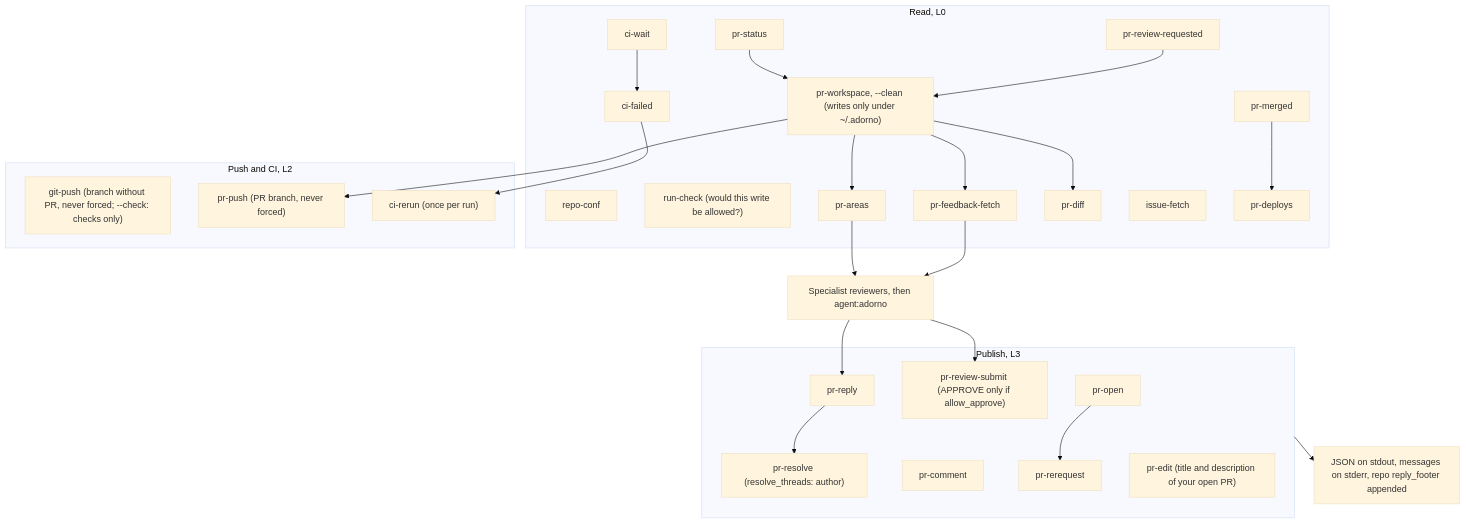
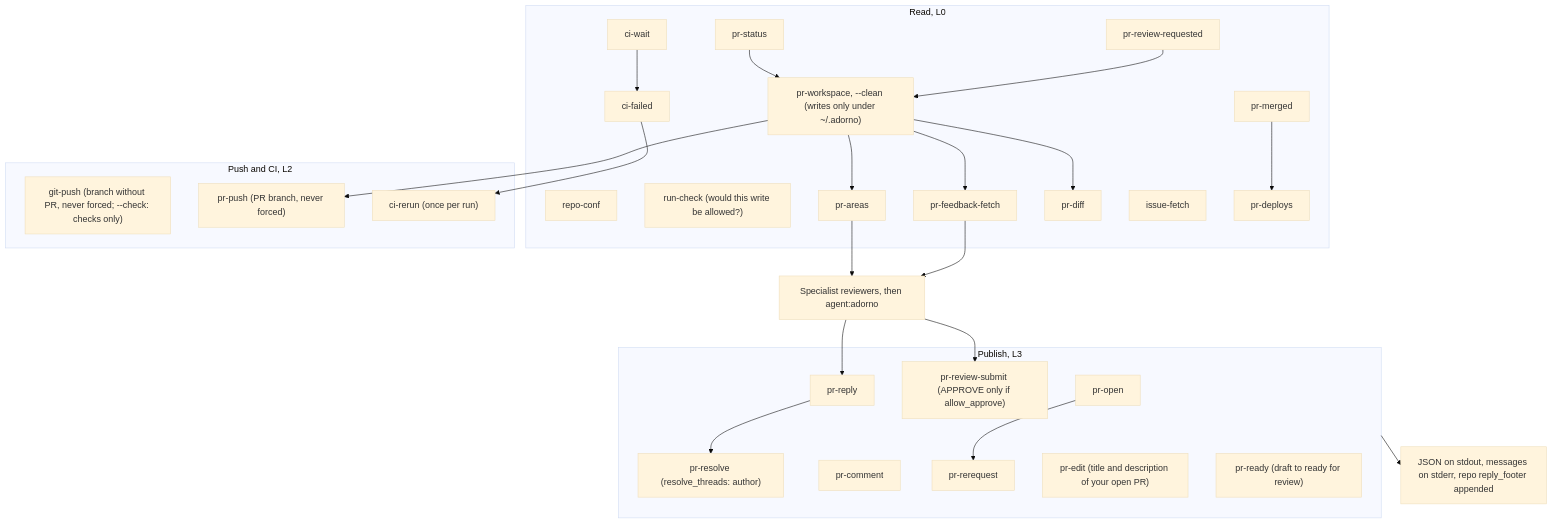
Before and after one commit to nicolasmondain/adorno: the second of 2 diagrams in src/skills/adorno-github/SCHEMA.md, drawn with Mermaid (base theme). The commit also changed 28 other files, not shown here.

````diff
--- a/src/skills/adorno-github/SCHEMA.md
+++ b/src/skills/adorno-github/SCHEMA.md
@@ -32,48 +32,49 @@
 ```mermaid
 flowchart TD
   subgraph L0["Read, L0"]
     RC["repo-conf"]
     RCK["run-check (would this write be allowed?)"]
     PS["pr-status"]
     PRR["pr-review-requested"]
     PFF["pr-feedback-fetch"]
     PW["pr-workspace, --clean (writes only under ~/.adorno)"]
     PA["pr-areas"]
     PD["pr-diff"]
     IF["issue-fetch"]
     PM["pr-merged"]
     PDP["pr-deploys"]
     CW["ci-wait"]
     CF["ci-failed"]
   end
   subgraph L2["Push and CI, L2"]
     GP["git-push (branch without PR, never forced; --check: checks only)"]
     PP["pr-push (PR branch, never forced)"]
     CR["ci-rerun (once per run)"]
   end
   subgraph L3["Publish, L3"]
     PRP["pr-reply"]
     PRS["pr-resolve (resolve_threads: author)"]
     PC["pr-comment"]
     PRV["pr-review-submit (APPROVE only if allow_approve)"]
     PRQ["pr-rerequest"]
     PO["pr-open"]
     PE["pr-edit (title and description of your open PR)"]
+    PRD["pr-ready (draft to ready for review)"]
   end
   PS --> PW
   PRR --> PW
   PW --> PA
   PW --> PD
   PW --> PFF
   PA --> RV["Specialist reviewers, then agent:adorno"]
   PFF --> RV
   RV --> PRP
   RV --> PRV
   PRP --> PRS
   PW --> PP
   CF --> CR
   CW --> CF
   PO --> PRQ
   PM --> PDP
   L3 --> OUT["JSON on stdout, messages on stderr, repo reply_footer appended"]
 ```
````
